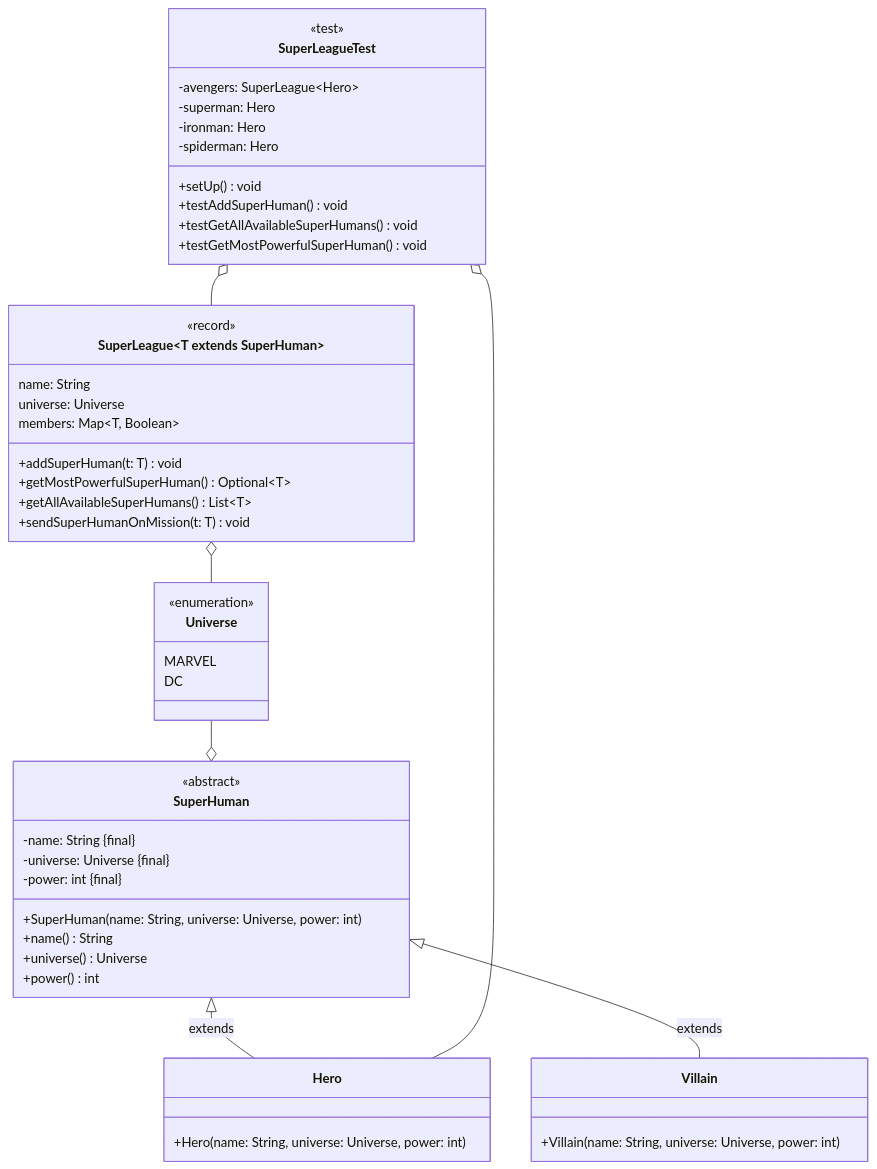
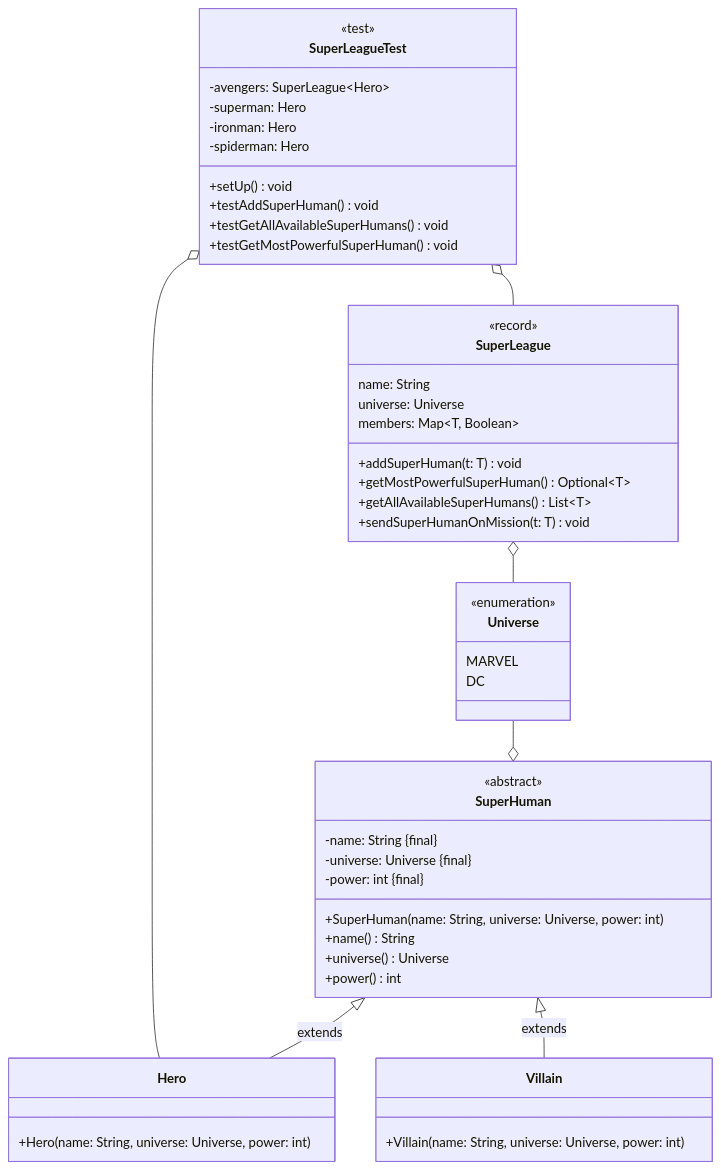
Before and after one commit to jappuccini/java-docs: the second of 3 diagrams in docs/additional-material/daniel/sample-exam-java2.md, drawn with Mermaid. The commit also changed other lines of this file and 5 other files, not shown here.

````diff
--- a/docs/additional-material/daniel/sample-exam-java2.md
+++ b/docs/additional-material/daniel/sample-exam-java2.md
@@ -145,57 +145,57 @@
 ```mermaid
 classDiagram
+    SuperLeagueTest o-- Hero
+    SuperLeagueTest o-- SuperLeague
     SuperHuman <|-- Villain : extends
     SuperHuman <|-- Hero : extends
     Universe --o SuperHuman
     SuperLeague~T extends SuperHuman~ o-- Universe
-    SuperLeagueTest o-- Hero
-    SuperLeagueTest o-- SuperLeague
 
     class SuperHuman {
         <<abstract>>
         -name: String &#123final&#125
         -universe: Universe &#123final&#125
         -power: int &#123final&#125
         +SuperHuman(name: String, universe: Universe, power: int)
         +name() String
         +universe() Universe
         +power() int
     }
 
     class Villain {
         +Villain(name: String, universe: Universe, power: int)
     }
 
     class Hero {
         +Hero(name: String, universe: Universe, power: int)
     }
 
     class Universe {
         <<enumeration>>
         MARVEL
         DC
     }
 
     class SuperLeague~T extends SuperHuman~ {
         <<record>>
         name: String
         universe: Universe
         members: Map~T, Boolean~
         +addSuperHuman(t: T) void
         +getMostPowerfulSuperHuman() Optional~T~
         +getAllAvailableSuperHumans() List~T~
         +sendSuperHumanOnMission(t: T) void
     }
 
     class SuperLeagueTest {
         <<test>>
         -avengers: SuperLeague~Hero~
         -superman: Hero
         -ironman: Hero
         -spiderman: Hero
         +setUp() void
         +testAddSuperHuman() void
         +testGetAllAvailableSuperHumans() void
         +testGetMostPowerfulSuperHuman() void
     }
 ```
````
